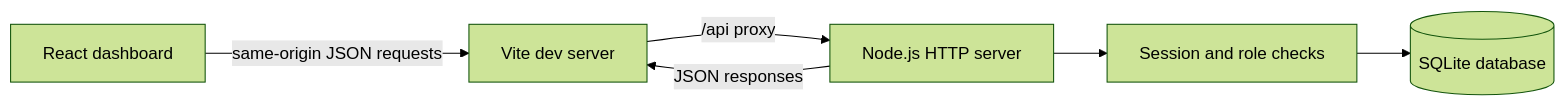
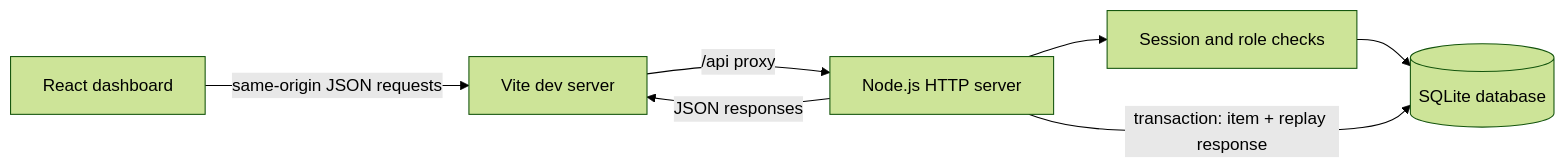
The first of 3 diagrams in README.md (AshishKrPandey1234/newtonite-ops-23SCSE1011386), drawn with Mermaid (forest theme) before and after one commit. The commit also changed other lines of this file and 6 other files, not shown here.

````diff
--- a/README.md
+++ b/README.md
@@ -41,8 +43,9 @@
 ```mermaid
 flowchart LR
   Browser[React dashboard] -->|same-origin JSON requests| Vite[Vite dev server]
   Vite -->|/api proxy| API[Node.js HTTP server]
   API --> Auth[Session and role checks]
   Auth --> DB[(SQLite database)]
+  API -->|transaction: item + replay response| DB
   API -->|JSON responses| Vite
 ```
````
